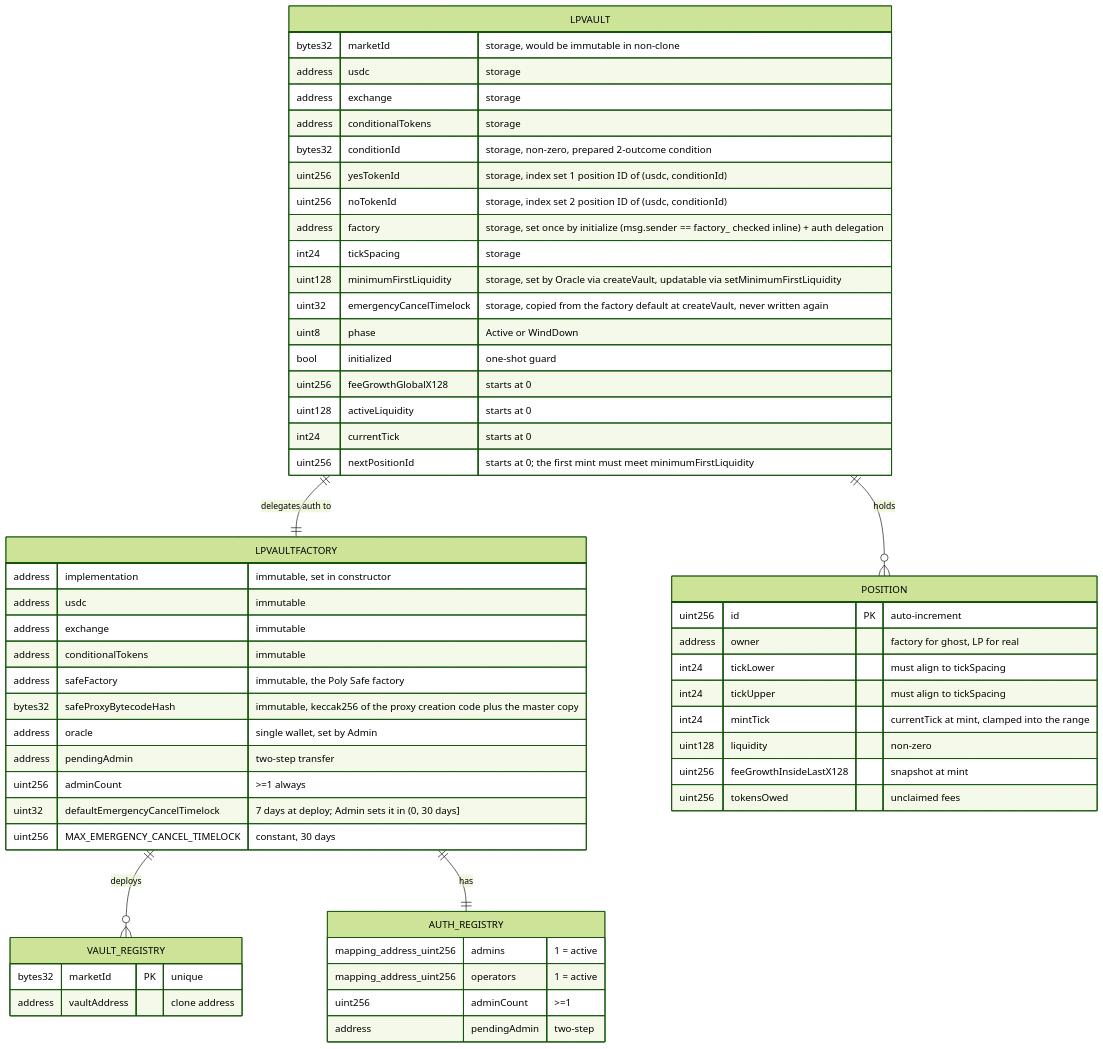
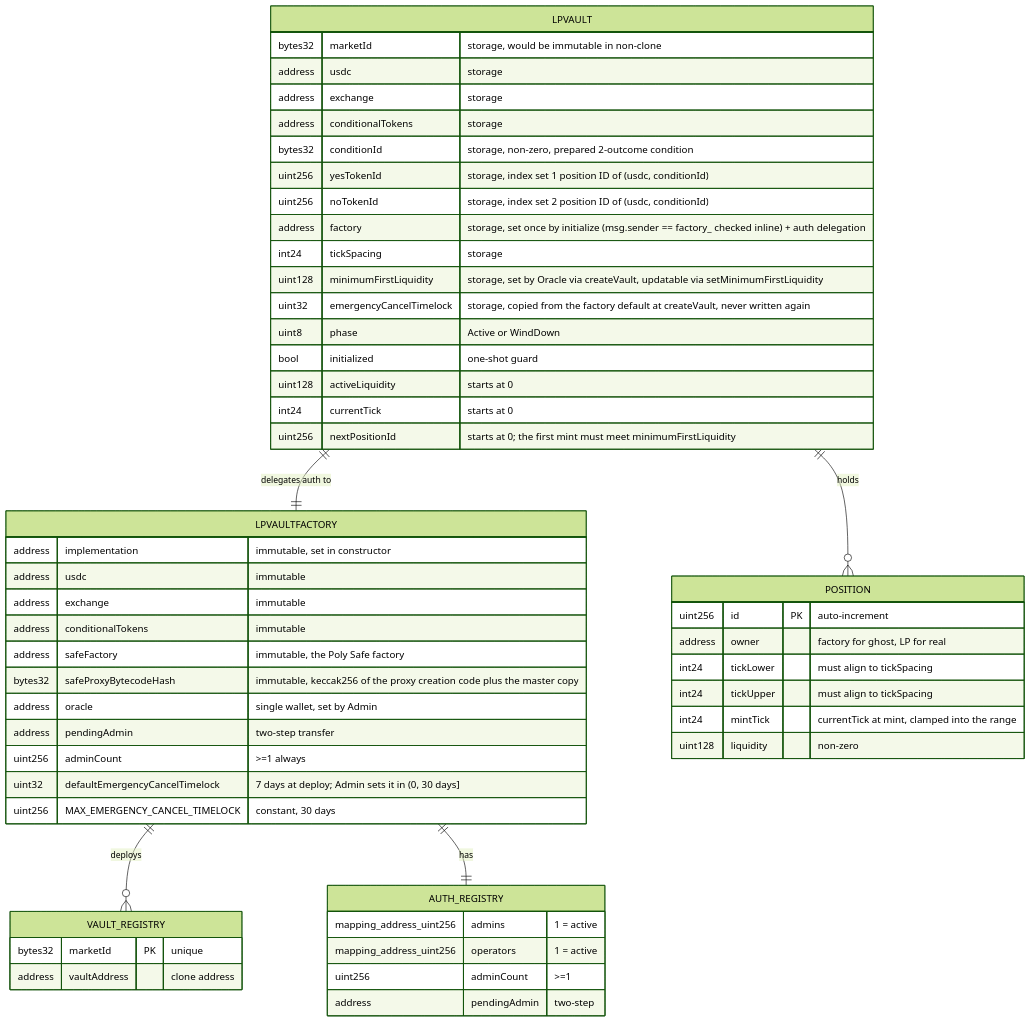
The third of 4 diagrams in specs/features/contracts/FEAT-REPZ-deploy-lp-vault-for-a-market/ARCHITECTURE.md (ProphetMarket/lp-vaults), drawn with Mermaid (forest theme) before and after one commit. The commit also changed other lines of this file and 73 other files, not shown here.

````diff
--- a/specs/features/contracts/FEAT-REPZ-deploy-lp-vault-for-a-market/ARCHITECTURE.md
+++ b/specs/features/contracts/FEAT-REPZ-deploy-lp-vault-for-a-market/ARCHITECTURE.md
@@ -64,59 +64,56 @@
 ```mermaid
 erDiagram
     LPVAULTFACTORY {
         address implementation "immutable, set in constructor"
         address usdc "immutable"
         address exchange "immutable"
         address conditionalTokens "immutable"
         address safeFactory "immutable, the Poly Safe factory"
         bytes32 safeProxyBytecodeHash "immutable, keccak256 of the proxy creation code plus the master copy"
         address oracle "single wallet, set by Admin"
         address pendingAdmin "two-step transfer"
         uint256 adminCount ">=1 always"
         uint32 defaultEmergencyCancelTimelock "7 days at deploy; Admin sets it in (0, 30 days]"
         uint256 MAX_EMERGENCY_CANCEL_TIMELOCK "constant, 30 days"
     }
     LPVAULTFACTORY ||--o{ VAULT_REGISTRY : "deploys"
     VAULT_REGISTRY {
         bytes32 marketId PK "unique"
         address vaultAddress "clone address"
     }
     LPVAULT {
         bytes32 marketId "storage, would be immutable in non-clone"
         address usdc "storage"
         address exchange "storage"
         address conditionalTokens "storage"
         bytes32 conditionId "storage, non-zero, prepared 2-outcome condition"
         uint256 yesTokenId "storage, index set 1 position ID of (usdc, conditionId)"
         uint256 noTokenId "storage, index set 2 position ID of (usdc, conditionId)"
         address factory "storage, set once by initialize (msg.sender == factory_ checked inline) + auth delegation"
         int24 tickSpacing "storage"
         uint128 minimumFirstLiquidity "storage, set by Oracle via createVault, updatable via setMinimumFirstLiquidity"
         uint32 emergencyCancelTimelock "storage, copied from the factory default at createVault, never written again"
         uint8 phase "Active or WindDown"
         bool initialized "one-shot guard"
-        uint256 feeGrowthGlobalX128 "starts at 0"
         uint128 activeLiquidity "starts at 0"
         int24 currentTick "starts at 0"
         uint256 nextPositionId "starts at 0; the first mint must meet minimumFirstLiquidity"
     }
     LPVAULT ||--o{ POSITION : "holds"
     POSITION {
         uint256 id PK "auto-increment"
         address owner "factory for ghost, LP for real"
         int24 tickLower "must align to tickSpacing"
         int24 tickUpper "must align to tickSpacing"
         int24 mintTick "currentTick at mint, clamped into the range"
         uint128 liquidity "non-zero"
-        uint256 feeGrowthInsideLastX128 "snapshot at mint"
-        uint256 tokensOwed "unclaimed fees"
     }
     AUTH_REGISTRY {
         mapping_address_uint256 admins "1 = active"
         mapping_address_uint256 operators "1 = active"
         uint256 adminCount ">=1"
         address pendingAdmin "two-step"
     }
     LPVAULTFACTORY ||--|| AUTH_REGISTRY : "has"
     LPVAULT ||--|| LPVAULTFACTORY : "delegates auth to"
 ```
````
